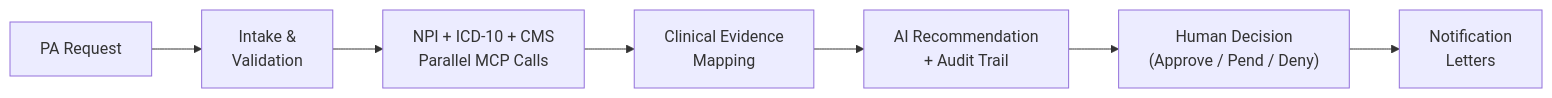
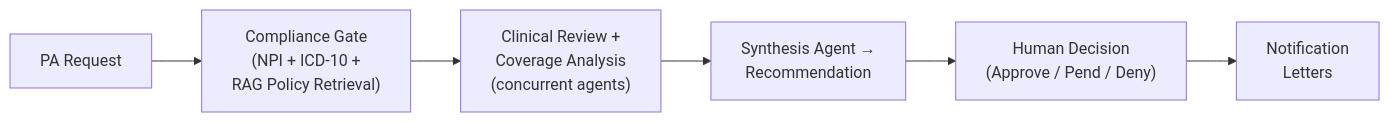
Before and after one commit to JinLee794/Azure-Healthcare-Marketplace-Demo: the third of 3 diagrams in README.md, drawn with Mermaid. The commit also changed other lines of this file and 1 other file, not shown here.

Commit message:
docs: update README and skills flow map to reflect consolidated MCP servers and enhanced agent workflows

````diff
--- a/README.md
+++ b/README.md
@@ -156,9 +316,8 @@
 ```mermaid
 flowchart LR
-    A["PA Request"] --> B["Intake &<br/>Validation"]
-    B --> C["NPI + ICD-10 + CMS<br/>Parallel MCP Calls"]
-    C --> D["Clinical Evidence<br/>Mapping"]
-    D --> E["AI Recommendation<br/>+ Audit Trail"]
-    E --> F["Human Decision<br/>(Approve / Pend / Deny)"]
-    F --> G["Notification<br/>Letters"]
+    A["PA Request"] --> B["Compliance Gate<br/>(NPI + ICD-10 +<br/>RAG Policy Retrieval)"]
+    B --> C["Clinical Review +<br/>Coverage Analysis<br/>(concurrent agents)"]
+    C --> D["Synthesis Agent →<br/>Recommendation"]
+    D --> E["Human Decision<br/>(Approve / Pend / Deny)"]
+    E --> F["Notification<br/>Letters"]
 ```
````
